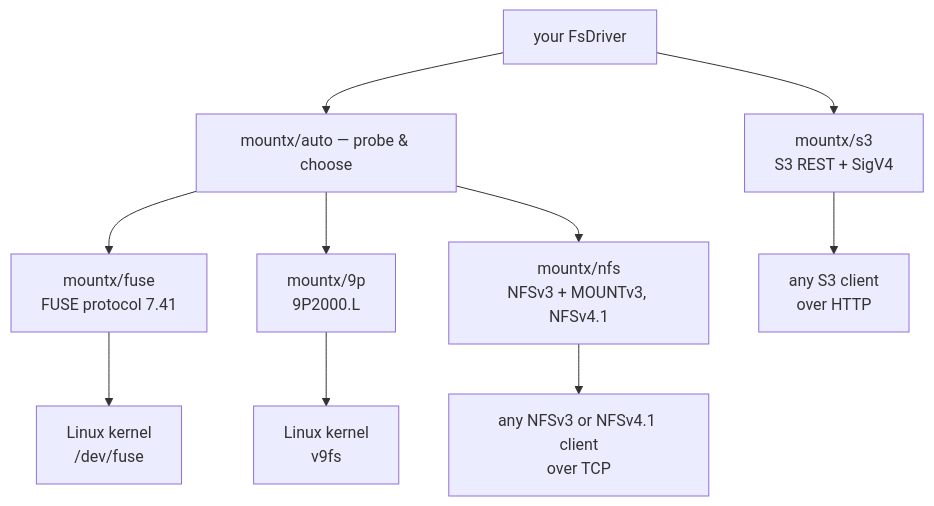
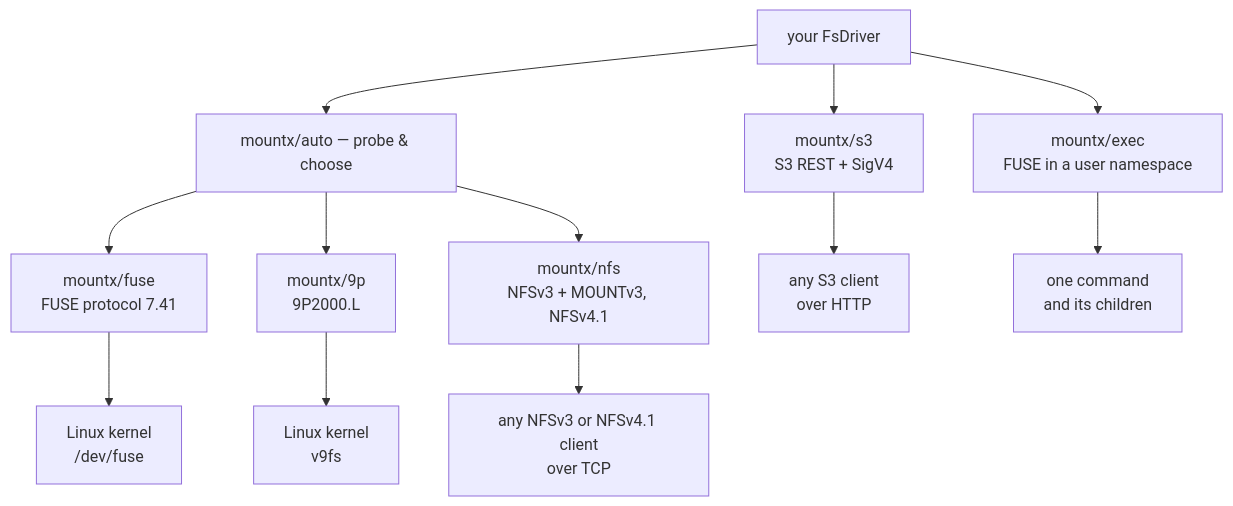
One commit to pithings/mountx changed the diagram in docs/2.transports/0.index.md. Above: the diagram before and after it, drawn with Mermaid. The commit also changed other lines of this file and 2 other files, not shown here.

First line of the commit message:
docs: mountx/exec, in the transports section

````diff
--- a/docs/2.transports/0.index.md
+++ b/docs/2.transports/0.index.md
@@ -12,22 +12,26 @@
 ```mermaid
 graph TB
   driver["your FsDriver"]
   auto["mountx/auto — probe & choose"]
   fuse["mountx/fuse<br/>FUSE protocol 7.41"]
   p9["mountx/9p<br/>9P2000.L"]
   nfs["mountx/nfs<br/>NFSv3 + MOUNTv3, NFSv4.1"]
   klinux["Linux kernel<br/>/dev/fuse"]
   kv9fs["Linux kernel<br/>v9fs"]
   knfs["any NFSv3 or NFSv4.1 client<br/>over TCP"]
   s3["mountx/s3<br/>S3 REST + SigV4"]
   ks3["any S3 client<br/>over HTTP"]
+  ex["mountx/exec<br/>FUSE in a user namespace"]
+  kex["one command<br/>and its children"]
   driver --> auto
   driver --> s3
+  driver --> ex
   auto --> fuse
   auto --> p9
   auto --> nfs
   fuse --> klinux
   p9 --> kv9fs
   nfs --> knfs
   s3 --> ks3
+  ex --> kex
 ```
````
